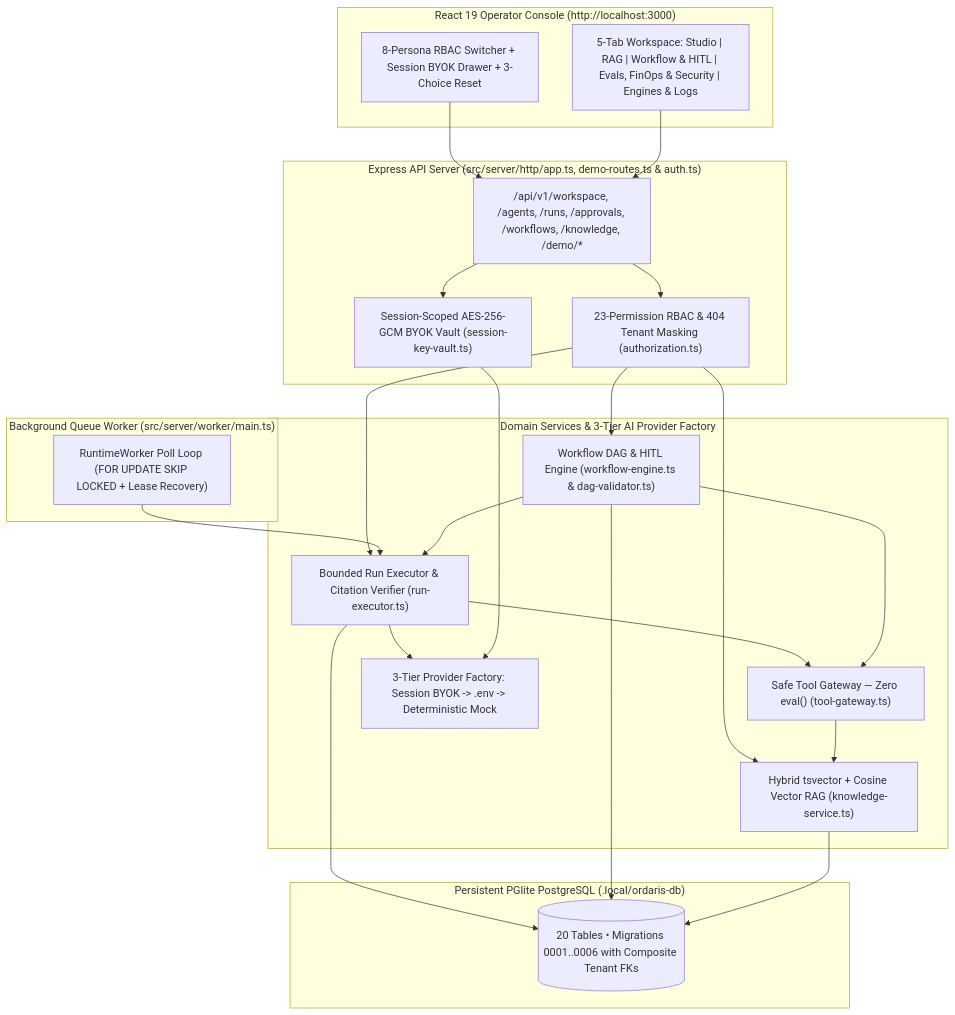
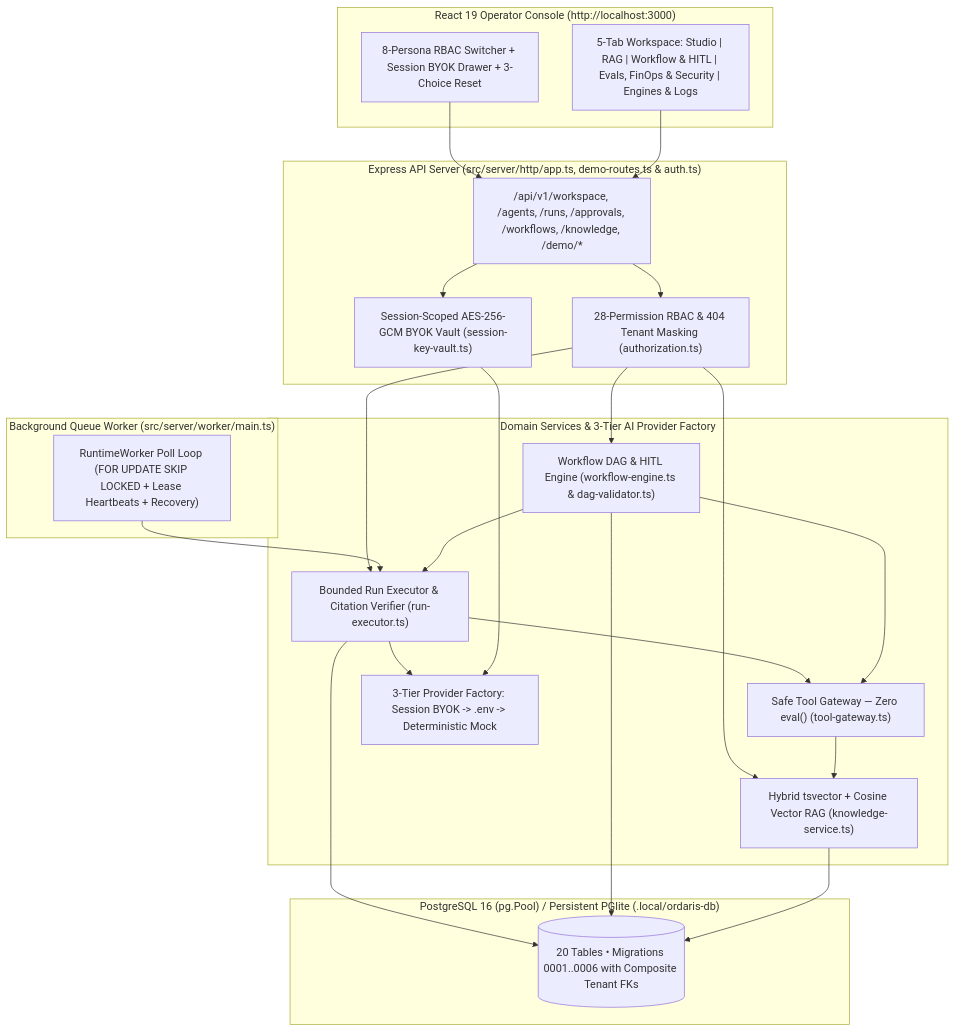
One commit to KratX/multi-ai-agent-orchestration changed the diagram in README.md. Above: the diagram before and after it, drawn with Mermaid. The commit also changed other lines of this file and 24 other files, not shown here.

````diff
--- a/README.md
+++ b/README.md
@@ -69,39 +69,39 @@
 ```mermaid
 flowchart TB
   subgraph Browser["React 19 Operator Console (http://localhost:3000)"]
     HEADER["8-Persona RBAC Switcher + Session BYOK Drawer + 3-Choice Reset"]
     TABS["5-Tab Workspace: Studio | RAG | Workflow & HITL | Evals, FinOps & Security | Engines & Logs"]
   end
 
   subgraph Server["Express API Server (src/server/http/app.ts, demo-routes.ts & auth.ts)"]
     ROUTES["/api/v1/workspace, /agents, /runs, /approvals, /workflows, /knowledge, /demo/*"]
-    AUTHZ["23-Permission RBAC & 404 Tenant Masking (authorization.ts)"]
+    AUTHZ["28-Permission RBAC & 404 Tenant Masking (authorization.ts)"]
     VAULT["Session-Scoped AES-256-GCM BYOK Vault (session-key-vault.ts)"]
   end
 
   subgraph Worker["Background Queue Worker (src/server/worker/main.ts)"]
-    LOOP["RuntimeWorker Poll Loop (FOR UPDATE SKIP LOCKED + Lease Recovery)"]
+    LOOP["RuntimeWorker Poll Loop (FOR UPDATE SKIP LOCKED + Lease Heartbeats + Recovery)"]
   end
 
   subgraph Engines["Domain Services & 3-Tier AI Provider Factory"]
     RUN["Bounded Run Executor & Citation Verifier (run-executor.ts)"]
     WF["Workflow DAG & HITL Engine (workflow-engine.ts & dag-validator.ts)"]
     TG["Safe Tool Gateway — Zero eval() (tool-gateway.ts)"]
     RAG["Hybrid tsvector + Cosine Vector RAG (knowledge-service.ts)"]
     AI["3-Tier Provider Factory: Session BYOK -> .env -> Deterministic Mock"]
   end
 
-  subgraph Storage["Persistent PGlite PostgreSQL (.local/ordaris-db)"]
+  subgraph Storage["PostgreSQL 16 (pg.Pool) / Persistent PGlite (.local/ordaris-db)"]
     DB[("20 Tables • Migrations 0001..0006 with Composite Tenant FKs")]
   end
 
   HEADER & TABS --> ROUTES
   ROUTES --> AUTHZ & VAULT
   AUTHZ --> RUN & WF & RAG
   LOOP --> RUN
   RUN --> TG & AI & DB
   VAULT --> AI
   WF --> RUN & TG & DB
   TG --> RAG
   RAG --> DB
 ```
````
